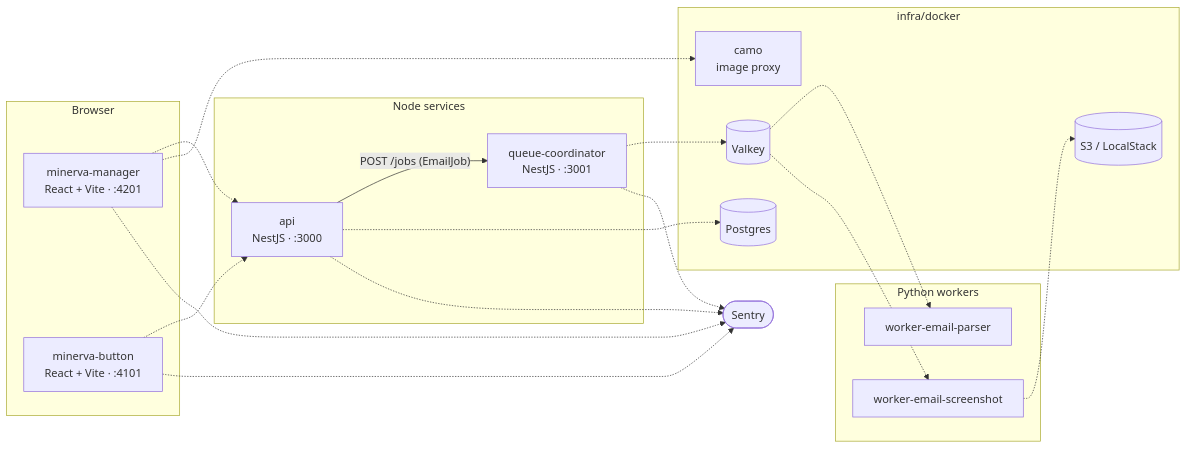
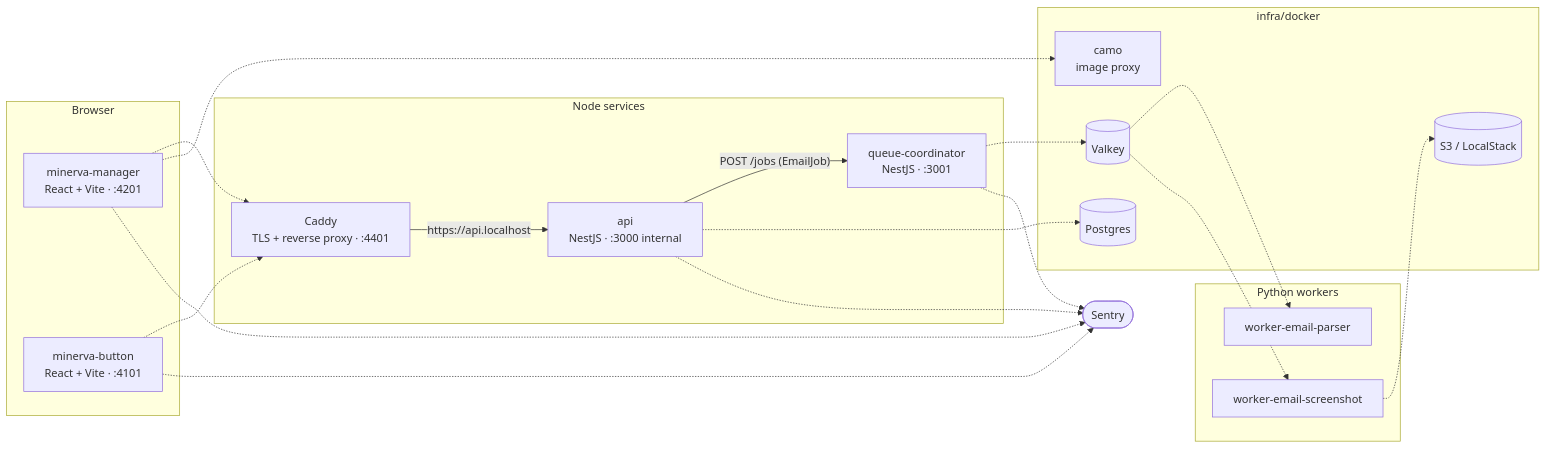
One commit to AlexisRoe/minerva changed the first of 2 diagrams in README.md. Above: the diagram before and after it, drawn with Mermaid. The commit also changed other lines of this file and 10 other files, not shown here.

````diff
--- a/README.md
+++ b/README.md
@@ -20,40 +20,42 @@
 ```mermaid
 flowchart LR
   subgraph browser["Browser"]
     manager["minerva-manager<br/>React + Vite · :4201"]
     button["minerva-button<br/>React + Vite · :4101"]
   end
 
   subgraph services["Node services"]
-    api["api<br/>NestJS · :3000"]
+    caddy["Caddy<br/>TLS + reverse proxy · :4401"]
+    api["api<br/>NestJS · :3000 internal"]
     qc["queue-coordinator<br/>NestJS · :3001"]
+    caddy -->|"https://api.localhost"| api
   end
 
   subgraph python["Python workers"]
     parser["worker-email-parser"]
     shot["worker-email-screenshot"]
   end
 
   subgraph infra["infra/docker"]
     pg[("Postgres")]
     valkey[("Valkey")]
     s3[("S3 / LocalStack")]
     camo["camo<br/>image proxy"]
   end
 
-  manager -.-> api
-  button -.-> api
+  manager -.-> caddy
+  button -.-> caddy
   api -->|"POST /jobs (EmailJob)"| qc
   qc -.-> valkey
   api -.-> pg
   valkey -.-> parser
   valkey -.-> shot
   shot -.-> s3
   manager -.-> camo
 
   sentry(["Sentry"])
   manager -.-> sentry
   button -.-> sentry
   api -.-> sentry
   qc -.-> sentry
 ```
````
